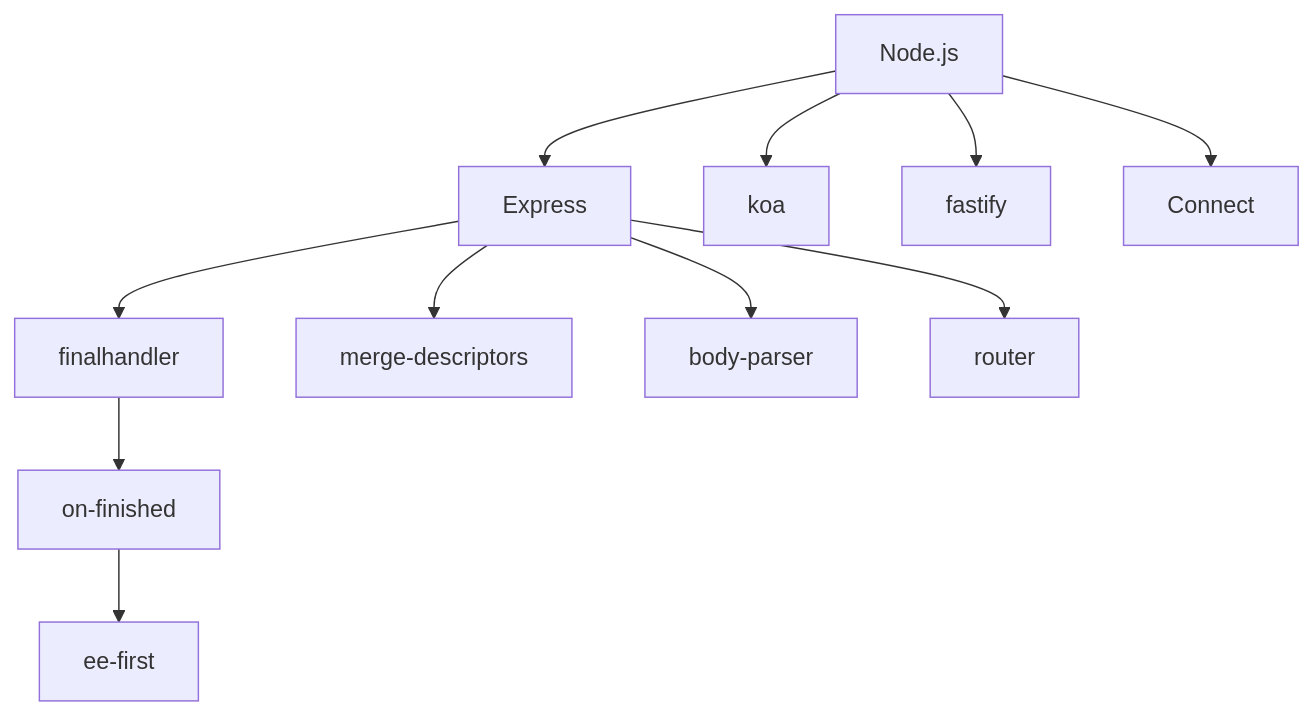
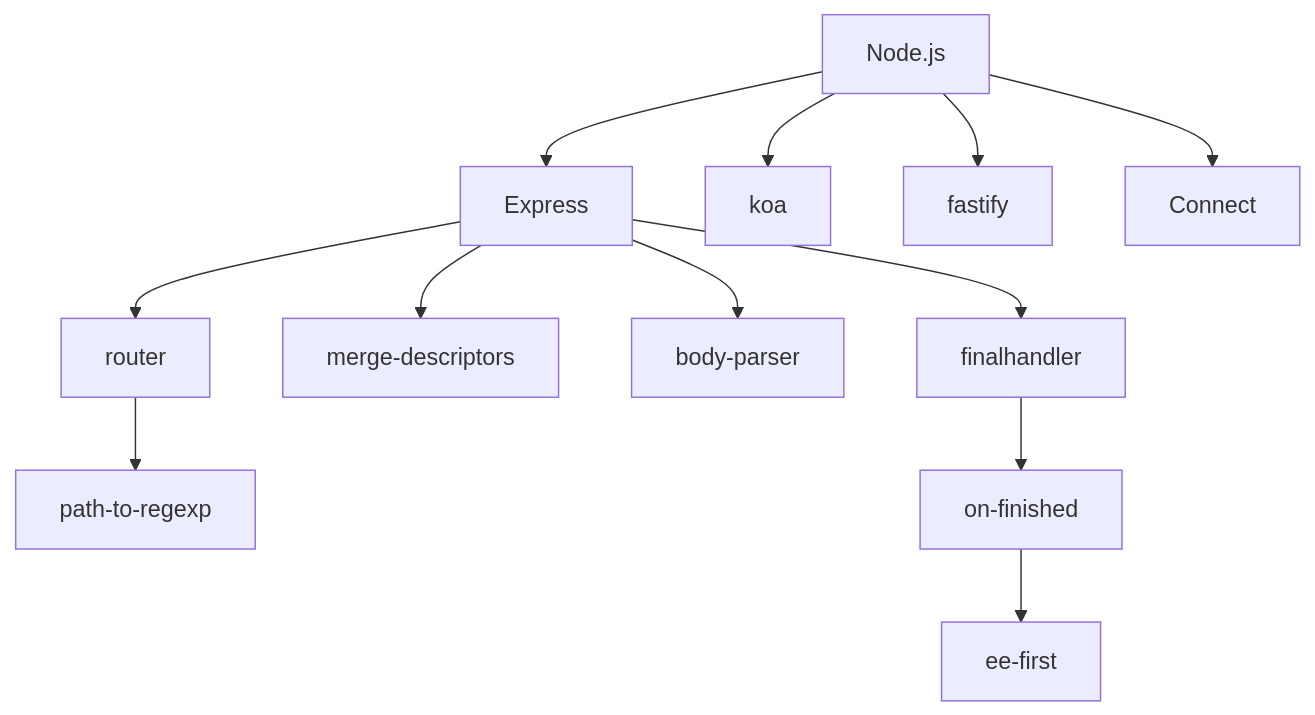
One commit to samuel871211/yusheng-tech-blog changed the first of 5 diagrams in docs/http/npm-http-chain-1.md. Above: the diagram before and after it, drawn with Mermaid. The commit also changed other lines of this file, not shown here.

````diff
--- a/docs/http/npm-http-chain-1.md
+++ b/docs/http/npm-http-chain-1.md
@@ -10,14 +10,15 @@
 ```mermaid
 flowchart TD
     Node.js --> Express
     Node.js --> koa
     Node.js --> fastify
     Node.js --> Connect
 
     Express --> finalhandler
     Express --> merge-descriptors
     Express --> body-parser
     Express --> router
+    router --> path-to-regexp
     finalhandler --> on-finished
     on-finished --> ee-first
 ```
````
